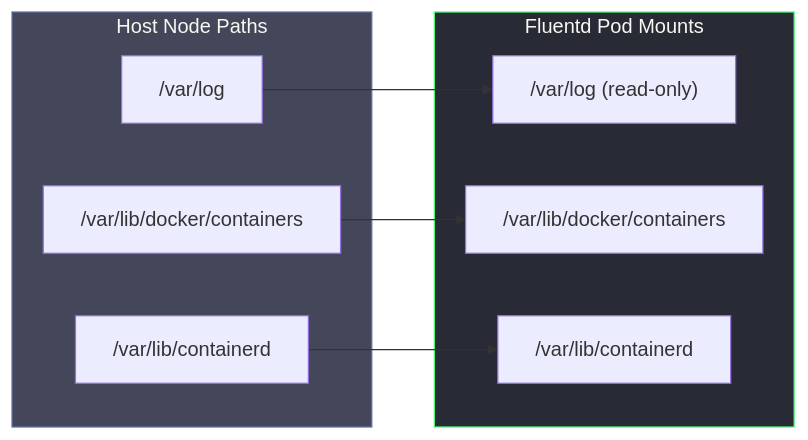
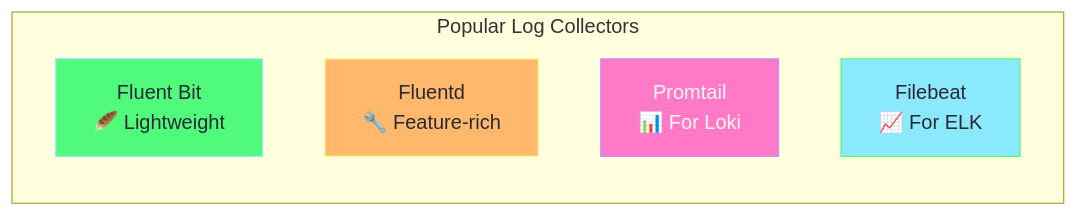
One commit to selvakumarperumal/k8s_minikube_learn changed the fifth of 6 diagrams in Workload_and_Application_Management/daemonset-fluentd-explained.md. Above: the diagram before and after it, drawn with Mermaid. The commit also changed other lines of this file and 1 other file, not shown here.

First line of the commit message:
fix: simplify log collector DaemonSet and update documentation

````diff
--- a/Workload_and_Application_Management/daemonset-fluentd-explained.md
+++ b/Workload_and_Application_Management/daemonset-fluentd-explained.md
@@ -135,21 +212,14 @@
 ```mermaid
 flowchart LR
-    subgraph HostPaths["Host Node Paths"]
-        VL["/var/log"]
-        VDC["/var/lib/docker/containers"]
-        VC["/var/lib/containerd"]
+    subgraph Tools["Popular Log Collectors"]
+        FB["Fluent Bit<br/>🪶 Lightweight"]
+        FD["Fluentd<br/>🔧 Feature-rich"]
+        PT["Promtail<br/>📊 For Loki"]
+        FW["Filebeat<br/>📈 For ELK"]
     end
     
-    subgraph FluentdPod["Fluentd Pod Mounts"]
-        MVL["/var/log (read-only)"]
-        MVDC["/var/lib/docker/containers"]
-        MVC["/var/lib/containerd"]
-    end
-    
-    VL --> MVL
-    VDC --> MVDC
-    VC --> MVC
-    
-    style HostPaths fill:#44475a,stroke:#6272a4,color:#f8f8f2
-    style FluentdPod fill:#282a36,stroke:#50fa7b,color:#f8f8f2
+    style FB fill:#50fa7b,stroke:#8be9fd,color:#282a36
+    style FD fill:#ffb86c,stroke:#f1fa8c,color:#282a36
+    style PT fill:#ff79c6,stroke:#bd93f9,color:#f8f8f2
+    style FW fill:#8be9fd,stroke:#50fa7b,color:#282a36
 ```
````
